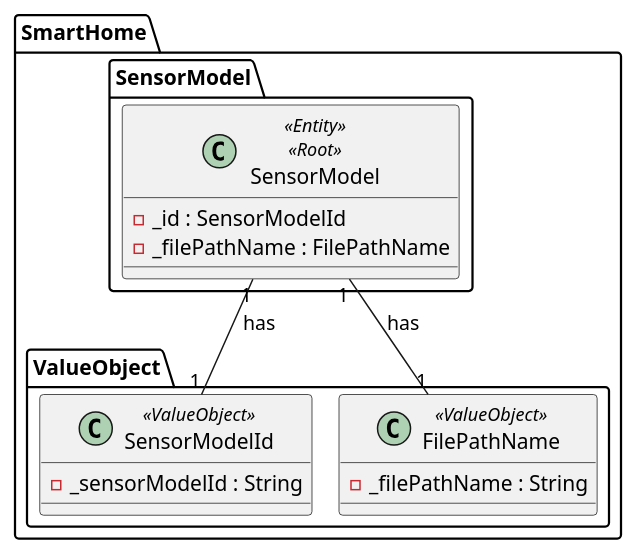
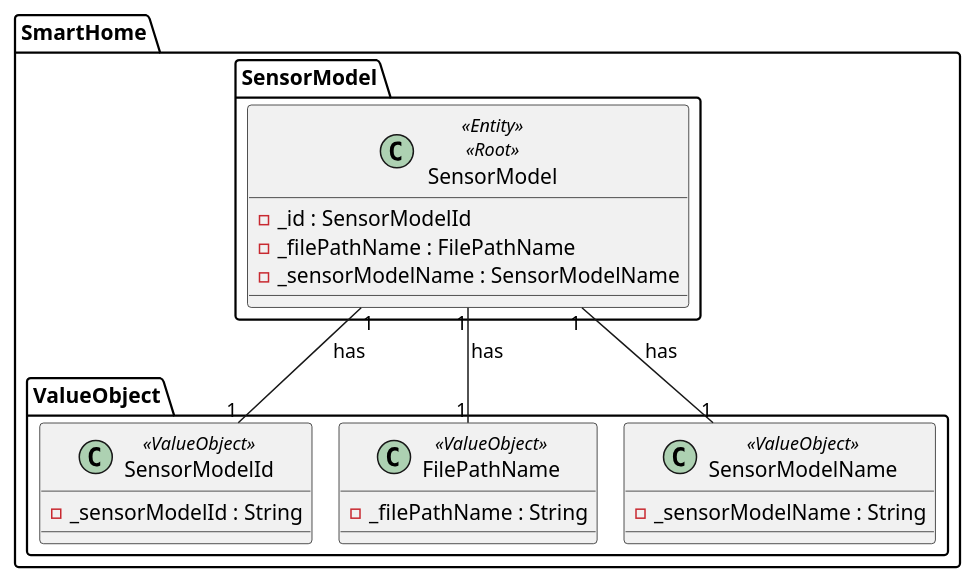
Before and after one commit to olivDiogo/SmartHome: the diagram in docs/general/agreggateModels/SensorModel.puml, drawn with PlantUML. The commit also changed 12 other files, not shown here.

Commit message:
#127 updated diagrams for US04 #59 updated example diagrams

```diff
--- a/docs/general/agreggateModels/SensorModel.puml
+++ b/docs/general/agreggateModels/SensorModel.puml
@@ -1,28 +1,32 @@
 @startuml
 !pragma layout smetana
 
 package SmartHome.SensorModel{
 
     class SensorModel <<Entity>> <<Root>>{
     - _id : SensorModelId
     - _filePathName : FilePathName
+    - _sensorModelName : SensorModelName
     }
 }
 
 package SmartHome.ValueObject {
 
      class SensorModelId <<ValueObject>>{
         - _sensorModelId : String
      }
 
      class FilePathName <<ValueObject>>{
         - _filePathName : String
      }
+     class SensorModelName <<ValueObject>>{
+        - _sensorModelName : String
+     }
 }
 
 SmartHome.SensorModel.SensorModel "1" -- "1" SmartHome.ValueObject.SensorModelId : has
 SmartHome.SensorModel.SensorModel "1" -- "1" SmartHome.ValueObject.FilePathName : has
-
+SmartHome.SensorModel.SensorModel "1" -- "1" SmartHome.ValueObject.SensorModelName : has
 
 
 @enduml
```
